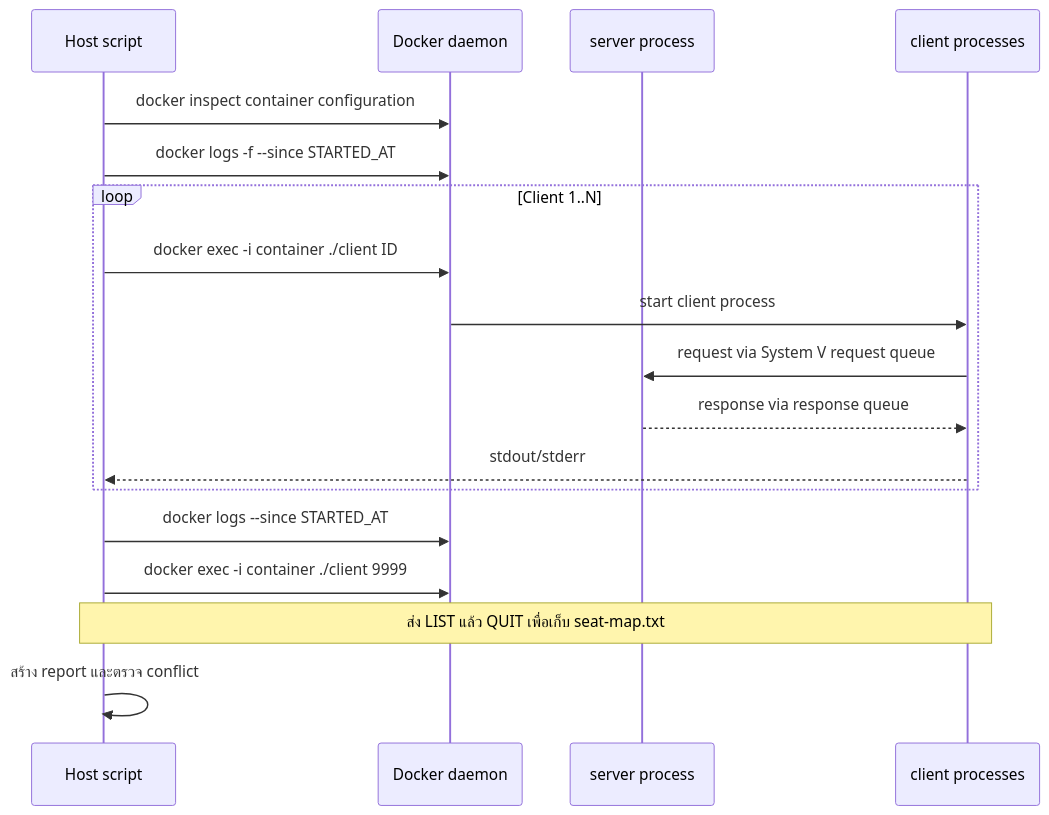
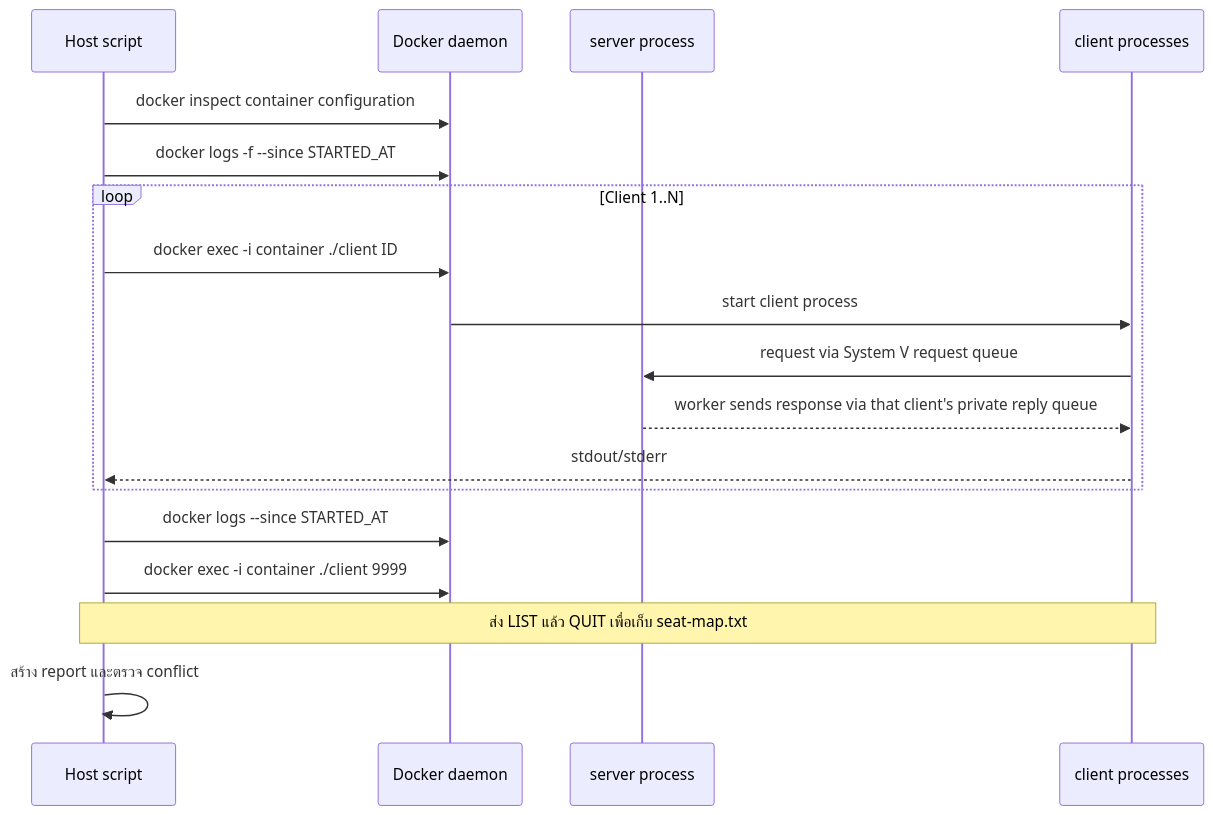
One commit to vixvify/airplane-booking changed the fourth of 4 diagrams in docs/docker-runtime-flow.md. Above: the diagram before and after it, drawn with Mermaid. The commit also changed other lines of this file and 17 other files, not shown here.

First line of the commit message:
Refactor IPC mechanism to use private reply queues for client responses

````diff
--- a/docs/docker-runtime-flow.md
+++ b/docs/docker-runtime-flow.md
@@ -210,21 +205,21 @@
 ```mermaid
 sequenceDiagram
     participant Host as Host script
     participant Docker as Docker daemon
     participant Server as server process
     participant Clients as client processes
 
     Host->>Docker: docker inspect container configuration
     Host->>Docker: docker logs -f --since STARTED_AT
     loop Client 1..N
         Host->>Docker: docker exec -i container ./client ID
         Docker->>Clients: start client process
         Clients->>Server: request via System V request queue
-        Server-->>Clients: response via response queue
+        Server-->>Clients: worker sends response via that client's private reply queue
         Clients-->>Host: stdout/stderr
     end
     Host->>Docker: docker logs --since STARTED_AT
     Host->>Docker: docker exec -i container ./client 9999
     Note over Host,Clients: ส่ง LIST แล้ว QUIT เพื่อเก็บ seat-map.txt
     Host->>Host: สร้าง report และตรวจ conflict
 ```
````
